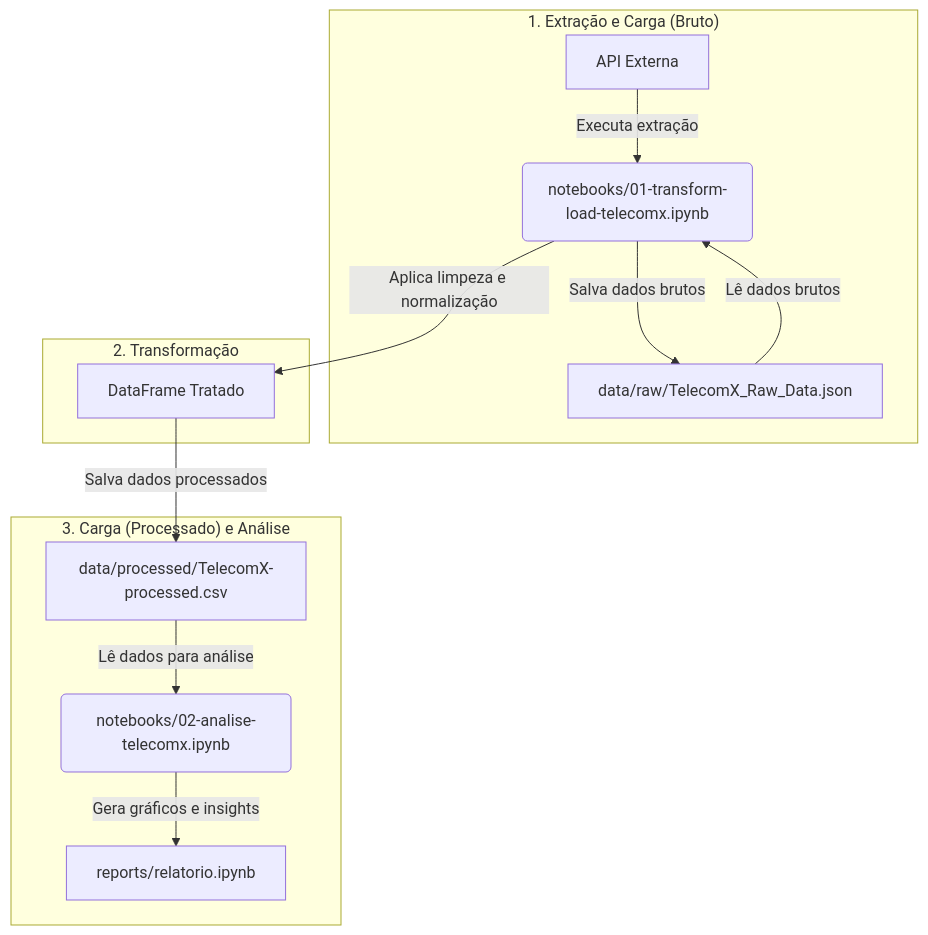
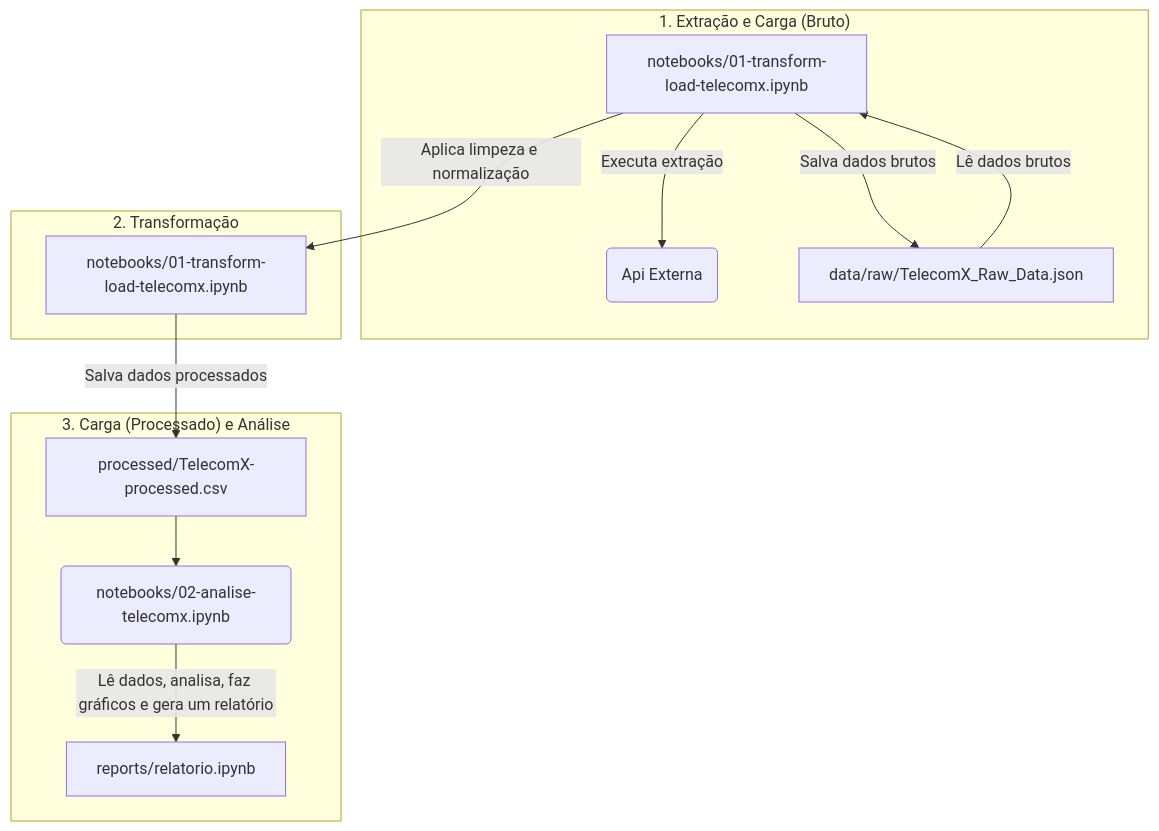
Before and after one commit to GabrielRdev/analise-telecom-x: the diagram in README.md, drawn with Mermaid.

Commit message:
docs:: corrige diagrama no README.md

````diff
--- a/README.md
+++ b/README.md
@@ -42,18 +42,18 @@
 ```mermaid
 graph TD;
     subgraph "1. Extração e Carga (Bruto)";
-        A[API Externa] -->|Executa extração| B(notebooks/01-transform-load-telecomx.ipynb);
-        B -->|Salva dados brutos| C[data/raw/TelecomX_Raw_Data.json];
+        A[notebooks/01-transform-load-telecomx.ipynb] -->|Executa extração| B(Api Externa);
+        A -->|Salva dados brutos| C[data/raw/TelecomX_Raw_Data.json];
     end
 
     subgraph "2. Transformação";
-        C -->|Lê dados brutos| B;
-        B -->|Aplica limpeza e normalização| D[DataFrame Tratado];
+        C -->|Lê dados brutos| A;
+        A -->|Aplica limpeza e normalização| D[notebooks/01-transform-load-telecomx.ipynb];
     end
 
     subgraph "3. Carga (Processado) e Análise";
-        D -->|Salva dados processados| E[data/processed/TelecomX-processed.csv];
-        E -->|Lê dados para análise| F(notebooks/02-analise-telecomx.ipynb);
-        F -->|Gera gráficos e insights| G[reports/relatorio.ipynb];
+        D -->|Salva dados processados| E[processed/TelecomX-processed.csv];
+        E --> F(notebooks/02-analise-telecomx.ipynb);
+        F -->|Lê dados, analisa, faz gráficos e gera um relatório| G[reports/relatorio.ipynb];
     end
 ```
````
